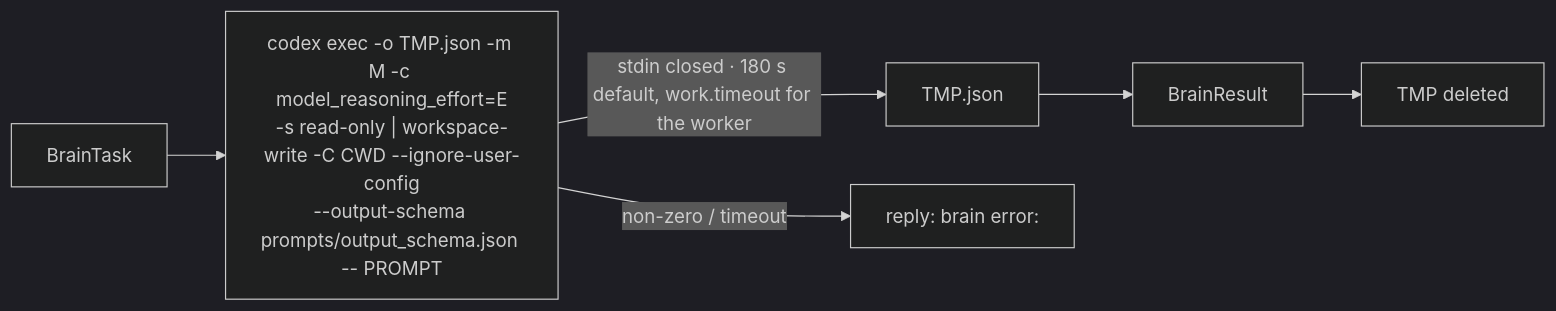
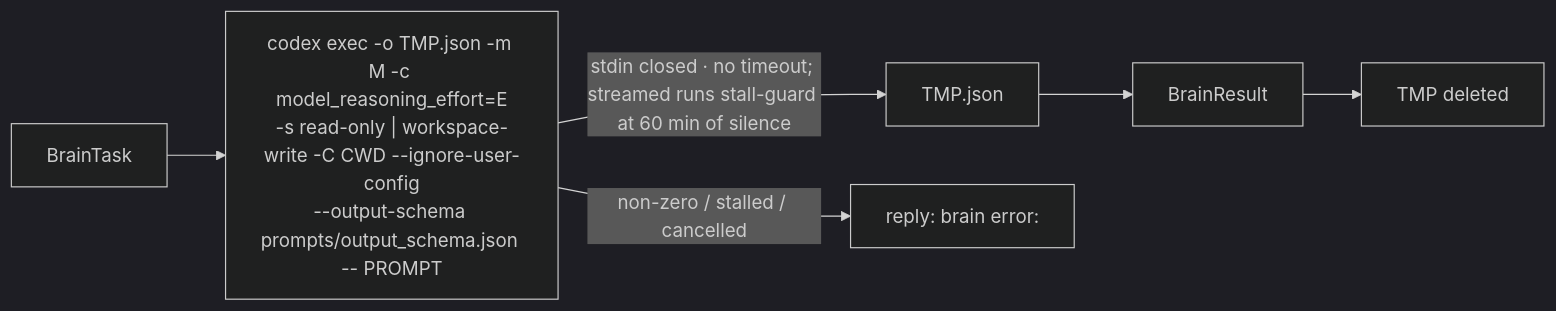
The seventh of 19 diagrams in docs/ARCHITECTURE.md (vovka/mentor-bot), drawn with Mermaid (dark theme) before and after one commit. The commit also changed other lines of this file and 15 other files, not shown here.

First line of the commit message:
Remove brain timeouts; add stream stall guard and cancel()

````diff
--- a/docs/ARCHITECTURE.md
+++ b/docs/ARCHITECTURE.md
@@ -172,7 +172,7 @@
 ```mermaid
 flowchart LR
   T[BrainTask] --> CMD["codex exec -o TMP.json -m M -c model_reasoning_effort=E<br/>-s read-only | workspace-write -C CWD --ignore-user-config<br/>--output-schema prompts/output_schema.json -- PROMPT"]
-  CMD -- "stdin closed · 180 s default, work.timeout for the worker" --> TMP[TMP.json]
+  CMD -- "stdin closed · no timeout; streamed runs stall-guard at 60 min of silence" --> TMP[TMP.json]
   TMP --> R[BrainResult] --> DEL[TMP deleted]
-  CMD -- "non-zero / timeout" --> ERR["reply: brain error: <stderr tail>"]
+  CMD -- "non-zero / stalled / cancelled" --> ERR["reply: brain error: <stderr tail>"]
 ```
````
